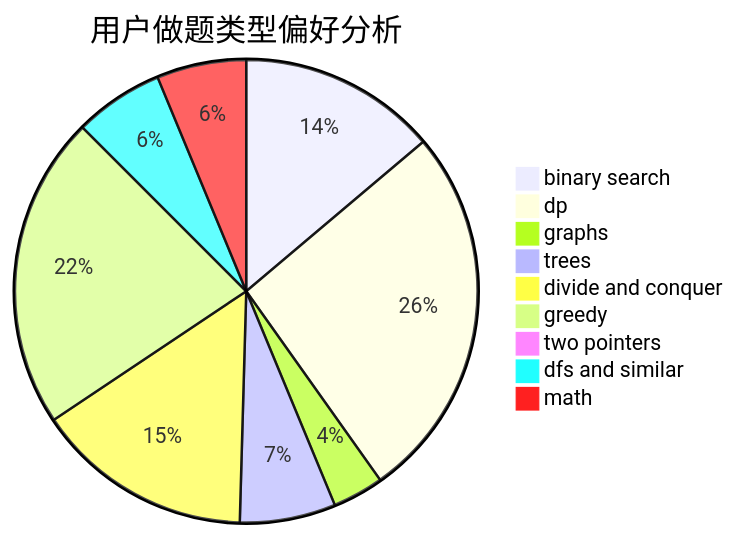
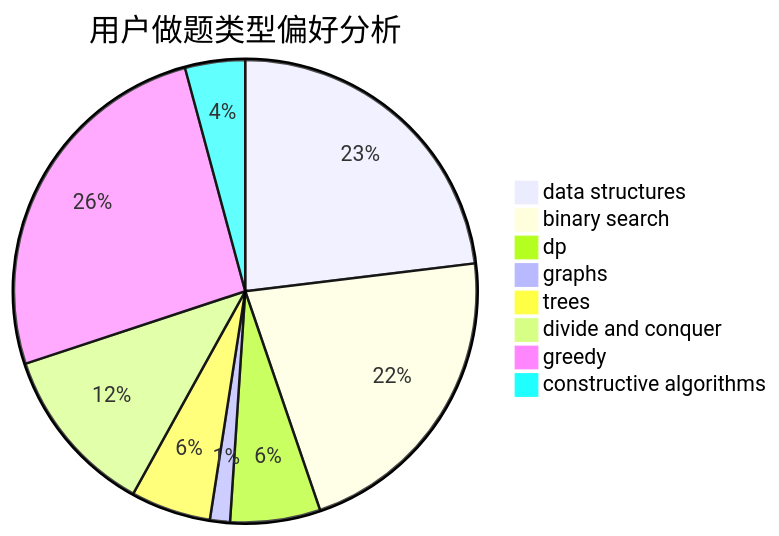
Before and after one commit to sherpahu/cfrs.github.io: the second of 3 diagrams in docs/user/u2272.md, drawn with Mermaid. The commit also changed other lines of this file and 2775 other files, not shown here.

````diff
--- a/docs/user/u2272.md
+++ b/docs/user/u2272.md
@@ -23,12 +23,11 @@
 ```mermaid
 pie title 用户做题类型偏好分析
+    "data structures" :  33
     "binary search" :  31
-    "dp" :  59
-    "graphs" :  8
-    "trees" :  15
-    "divide and conquer" :  34
-    "greedy" :  49
-    "two pointers" :  0
-    "dfs and similar" :  14
-    "math" :  14
+    "dp" :  9
+    "graphs" :  2
+    "trees" :  8
+    "divide and conquer" :  17
+    "greedy" :  37
+    "constructive algorithms" :  6
 ```
````
